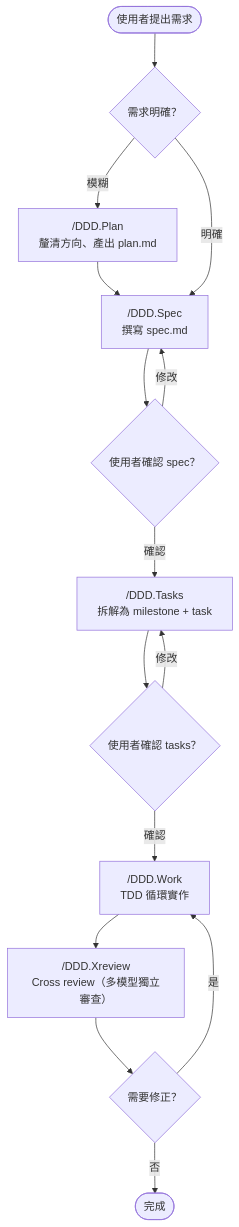
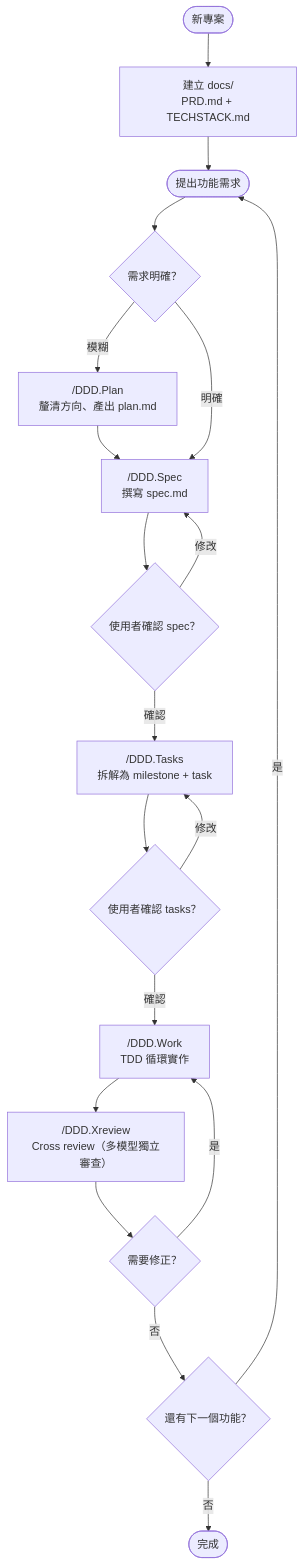
Before and after one commit to applepig/ddd-workflow: the first of 2 diagrams in README.md, drawn with Mermaid. The commit also changed other lines of this file, not shown here.

Commit message:
docs(readme): improve installation section and add project init flow

````diff
--- a/README.md
+++ b/README.md
@@ -13,21 +36,26 @@
 ```mermaid
 flowchart TD
-    Start([使用者提出需求]) --> Clarity{需求明確？}
+    Start([新專案]) --> Init["建立 docs/<br/>PRD.md + TECHSTACK.md"]
+    Init --> Feature([提出功能需求])
+
+    Feature --> Clarity{需求明確？}
 
     Clarity -- 模糊 --> Plan["/DDD.Plan<br/>釐清方向、產出 plan.md"]
     Plan --> Spec
 
     Clarity -- 明確 --> Spec["/DDD.Spec<br/>撰寫 spec.md"]
     Spec --> UserSpec{使用者確認 spec？}
     UserSpec -- 修改 --> Spec
     UserSpec -- 確認 --> Tasks
 
     Tasks["/DDD.Tasks<br/>拆解為 milestone + task"] --> UserTasks{使用者確認 tasks？}
     UserTasks -- 修改 --> Tasks
     UserTasks -- 確認 --> Work
 
     Work["/DDD.Work<br/>TDD 循環實作"] --> Review
     Review["/DDD.Xreview<br/>Cross review（多模型獨立審查）"] --> Fix{需要修正？}
     Fix -- 是 --> Work
-    Fix -- 否 --> Done([完成])
+    Fix -- 否 --> Next{還有下一個功能？}
+    Next -- 是 --> Feature
+    Next -- 否 --> Done([完成])
 ```
````
